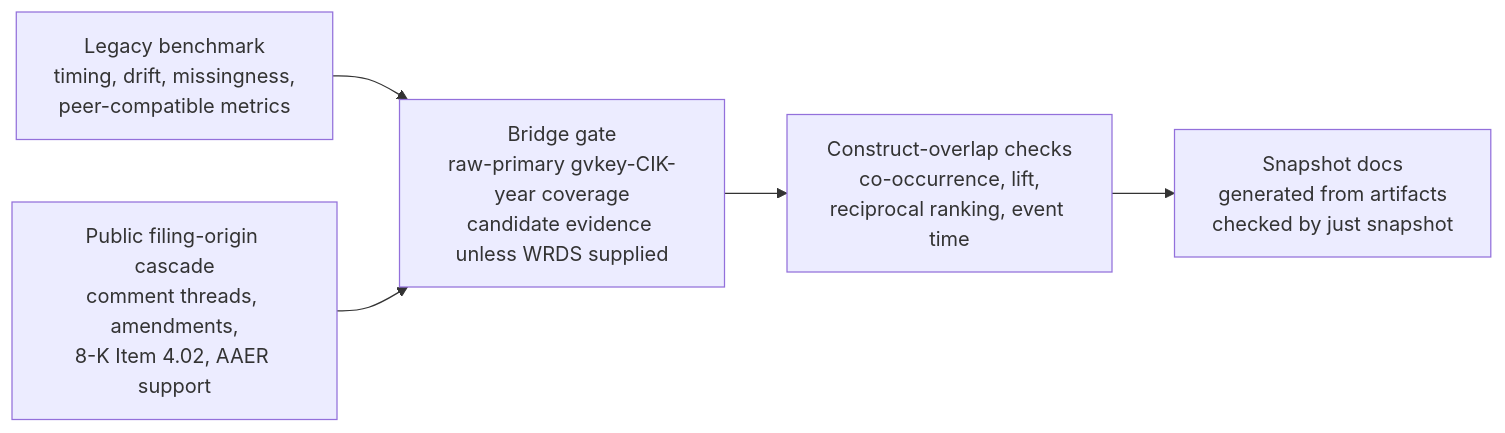
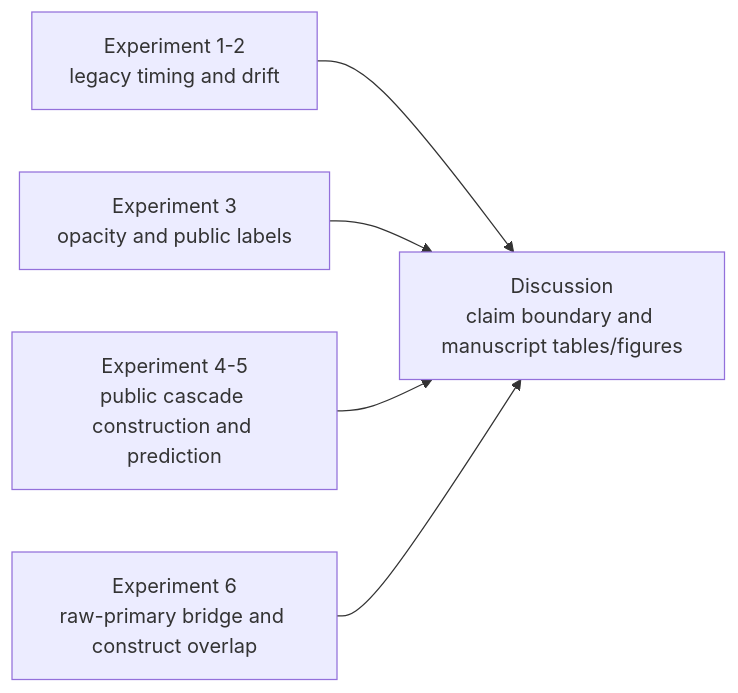
One commit to TY-Cheng/reporting-risk-cascade changed the diagram in docs/results_snapshot.md. Above: the diagram before and after it, drawn with Mermaid. The commit also changed other lines of this file and 8 other files, not shown here.

````diff
--- a/docs/results_snapshot.md
+++ b/docs/results_snapshot.md
@@ -54,12 +54,12 @@
 ```mermaid
 flowchart LR
-    L["Legacy benchmark<br/>timing, drift, missingness,<br/>peer-compatible metrics"]
-    P["Public filing-origin cascade<br/>comment threads, amendments,<br/>8-K Item 4.02, AAER support"]
-    B["Bridge gate<br/>raw-primary gvkey-CIK-year coverage<br/>candidate evidence unless WRDS supplied"]
-    V["Construct-overlap checks<br/>co-occurrence, lift,<br/>reciprocal ranking, event time"]
-    S["Snapshot docs<br/>generated from artifacts<br/>checked by just snapshot"]
-    L --> B
-    P --> B
-    B --> V
-    V --> S
+    L["Experiment 1-2<br/>legacy timing and drift"]
+    O["Experiment 3<br/>opacity and public labels"]
+    P["Experiment 4-5<br/>public cascade construction and prediction"]
+    B["Experiment 6<br/>raw-primary bridge and construct overlap"]
+    D["Discussion<br/>claim boundary and manuscript tables/figures"]
+    L --> D
+    O --> D
+    P --> D
+    B --> D
 ```
````
